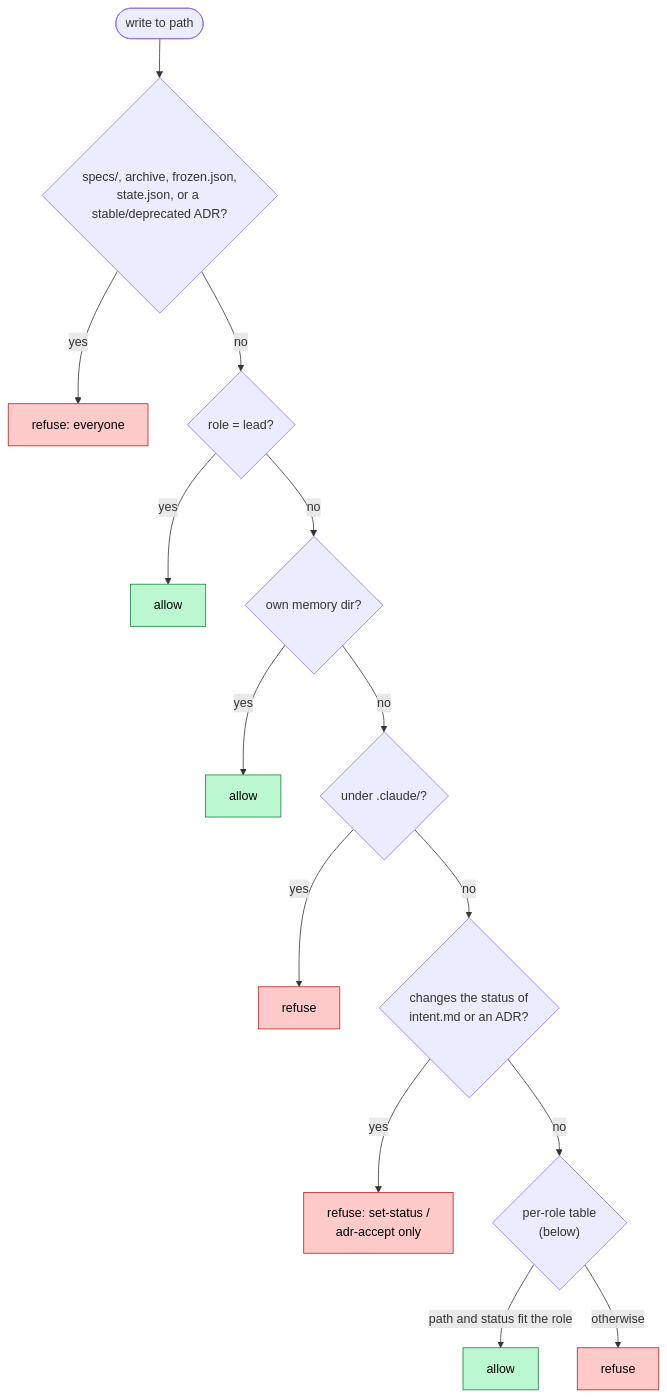
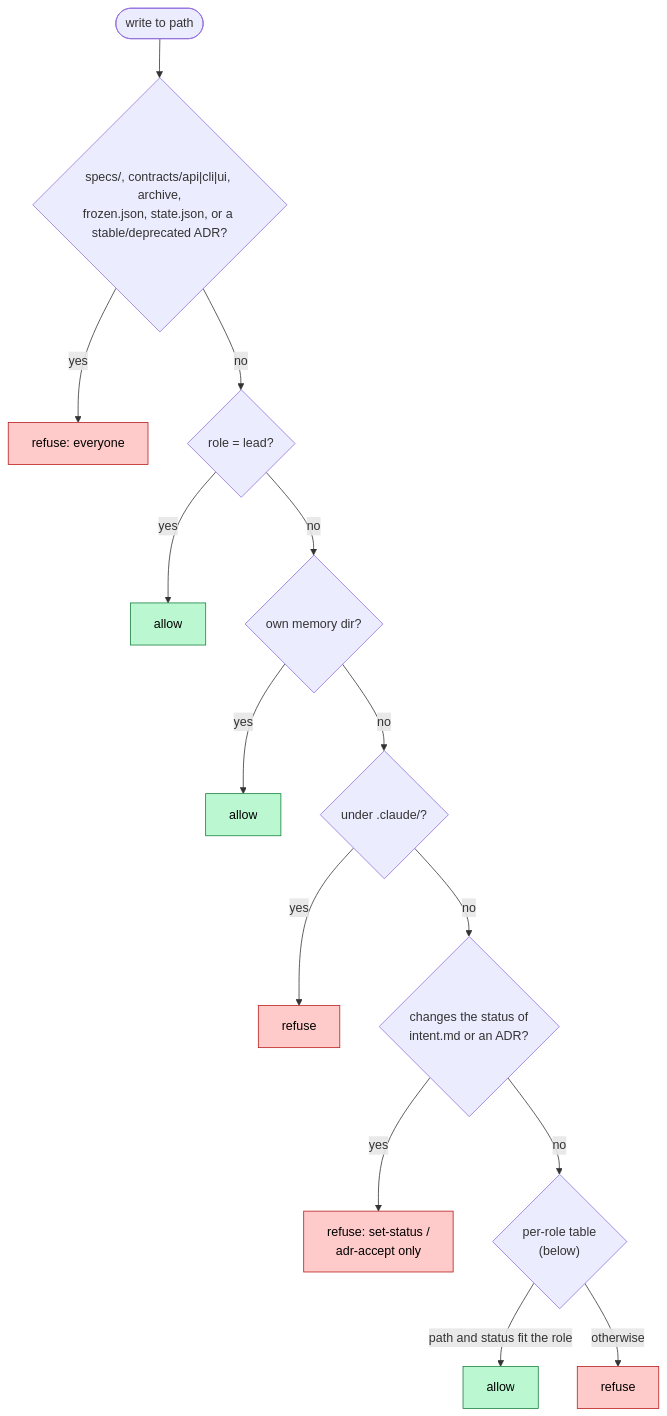
One commit to gpr/claude-plugins changed the diagram in plugins/meta/sdd/docs/reference/guard-rules.md. Above: the diagram before and after it, drawn with Mermaid. The commit also changed other lines of this file and 37 other files, not shown here.

Commit message:
feat(sdd): contract step with TypeSpec API, CLI synopsis and UI mockup (#30)

````diff
--- a/plugins/meta/sdd/docs/reference/guard-rules.md
+++ b/plugins/meta/sdd/docs/reference/guard-rules.md
@@ -37,20 +37,20 @@
 ```mermaid
 flowchart TD
-    W([write to path]) --> P{"specs/, archive, frozen.json,<br/>state.json, or a stable/deprecated ADR?"}
+    W([write to path]) --> P{"specs/, contracts/api|cli|ui, archive,<br/>frozen.json, state.json, or a stable/deprecated ADR?"}
     P -- yes --> X1[refuse: everyone]
     P -- no --> L{"role = lead?"}
     L -- yes --> A1[allow]
     L -- no --> M{"own memory dir?"}
     M -- yes --> A2[allow]
     M -- no --> C{"under .claude/?"}
     C -- yes --> X2[refuse]
     C -- no --> S{"changes the status of<br/>intent.md or an ADR?"}
     S -- yes --> X3["refuse: set-status /<br/>adr-accept only"]
     S -- no --> R{"per-role table<br/>(below)"}
     R -- "path and status fit the role" --> A3[allow]
     R -- otherwise --> X4[refuse]
     classDef ok fill:#bbf7d0,stroke:#15803d,color:#000
     classDef no fill:#fecaca,stroke:#b91c1c,color:#000
     class A1,A2,A3 ok
     class X1,X2,X3,X4 no
 ```
````
